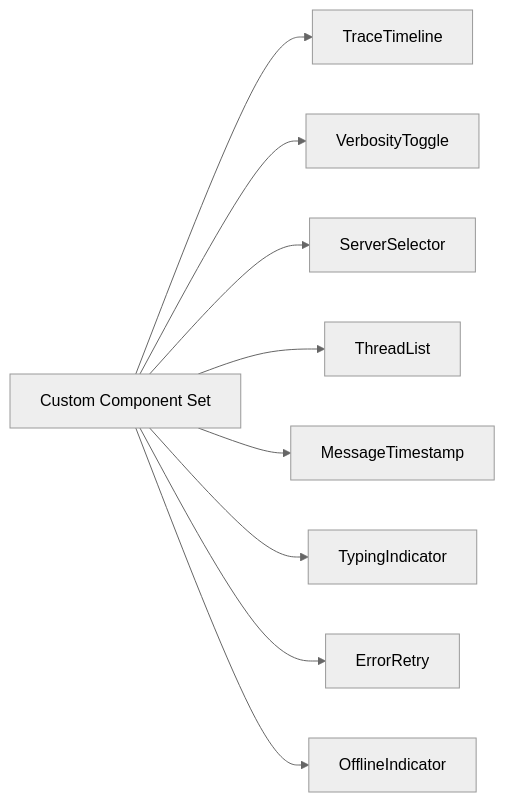
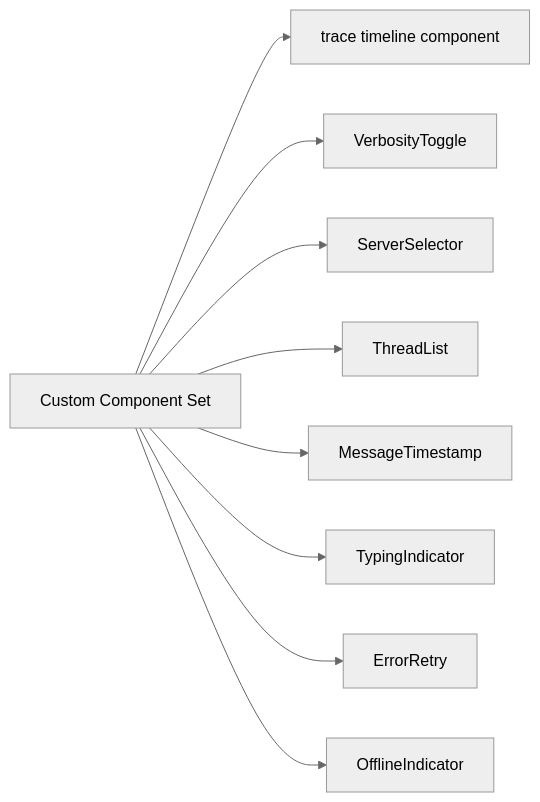
The tenth of 18 diagrams in plan/18-frontend-sdk.md (1qh/safeagent), drawn with Mermaid (neutral theme) before and after one commit. The commit also changed other lines of this file and 18 other files, not shown here.

````diff
--- a/plan/18-frontend-sdk.md
+++ b/plan/18-frontend-sdk.md
@@ -463,21 +463,21 @@
 ```mermaid
 flowchart LR
     CUSTOM_COMPONENTS[Custom Component Set]
-    TRACE_TIMELINE_NODE[TraceTimeline]
+    TRACE_TIMELINE_NODE[trace timeline component]
     VERBOSITY_TOGGLE_NODE[VerbosityToggle]
     SERVER_SELECTOR_NODE[ServerSelector]
     THREAD_LIST_NODE[ThreadList]
     MESSAGE_TIMESTAMP_NODE[MessageTimestamp]
     TYPING_INDICATOR_NODE[TypingIndicator]
     ERROR_RETRY_NODE[ErrorRetry]
     OFFLINE_INDICATOR_NODE[OfflineIndicator]
 
     CUSTOM_COMPONENTS --> TRACE_TIMELINE_NODE
     CUSTOM_COMPONENTS --> VERBOSITY_TOGGLE_NODE
     CUSTOM_COMPONENTS --> SERVER_SELECTOR_NODE
     CUSTOM_COMPONENTS --> THREAD_LIST_NODE
     CUSTOM_COMPONENTS --> MESSAGE_TIMESTAMP_NODE
     CUSTOM_COMPONENTS --> TYPING_INDICATOR_NODE
     CUSTOM_COMPONENTS --> ERROR_RETRY_NODE
     CUSTOM_COMPONENTS --> OFFLINE_INDICATOR_NODE
 ```
````
